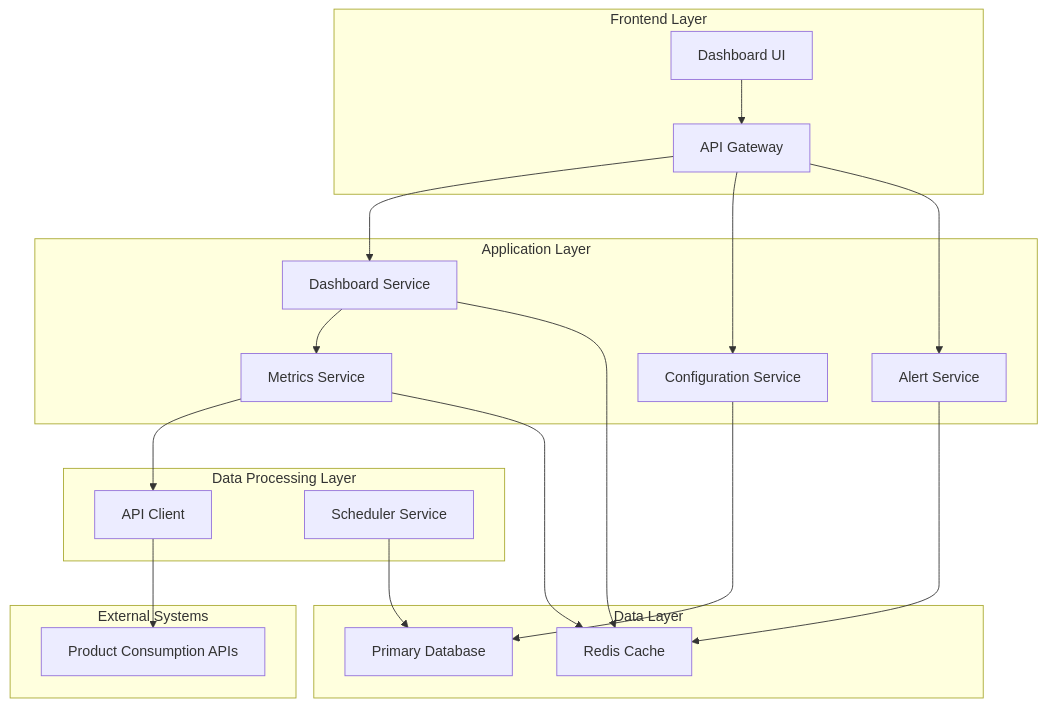
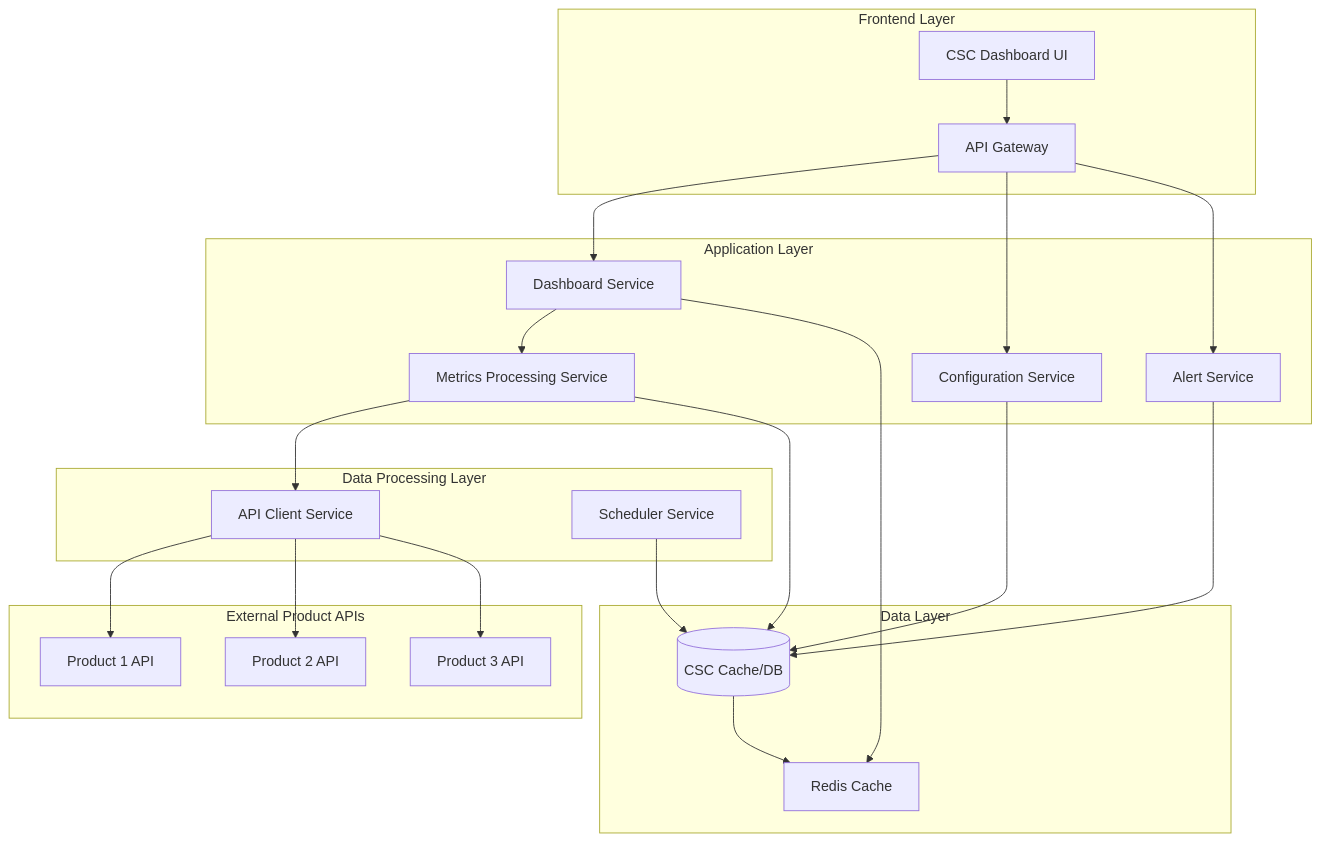
One commit to Ktiwari21/assistant_manager changed the first of 2 diagrams in .kiro/specs/product-consumption-dashboard/design.md. Above: the diagram before and after it, drawn with Mermaid. The commit also changed other lines of this file and 1 other file, not shown here.

````diff
--- a/.kiro/specs/product-consumption-dashboard/design.md
+++ b/.kiro/specs/product-consumption-dashboard/design.md
@@ -13,44 +13,51 @@
 ```mermaid
 graph TB
     subgraph "Frontend Layer"
-        UI[Dashboard UI]
+        UI[CSC Dashboard UI]
         API_GW[API Gateway]
     end
     
     subgraph "Application Layer"
         DASH_SVC[Dashboard Service]
         CONFIG_SVC[Configuration Service]
         ALERT_SVC[Alert Service]
-        METRICS_SVC[Metrics Service]
+        METRICS_SVC[Metrics Processing Service]
     end
     
     subgraph "Data Processing Layer"
-        API_CLIENT[API Client]
+        API_CLIENT[API Client Service]
         SCHEDULER[Scheduler Service]
     end
     
     subgraph "Data Layer"
-        PRIMARY_DB[Primary Database]
+        CSC_DB[(CSC Cache/DB)]
         CACHE[Redis Cache]
     end
     
-    subgraph "External Systems"
-        PRODUCT_APIS[Product Consumption APIs]
+    subgraph "External Product APIs"
+        API_1[Product 1 API]
+        API_2[Product 2 API]
+        API_3[Product 3 API]
     end
     
     UI --> API_GW
     API_GW --> DASH_SVC
     API_GW --> CONFIG_SVC
     API_GW --> ALERT_SVC
     
     DASH_SVC --> METRICS_SVC
     DASH_SVC --> CACHE
     
     METRICS_SVC --> API_CLIENT
-    METRICS_SVC --> CACHE
-    CONFIG_SVC --> PRIMARY_DB
-    ALERT_SVC --> CACHE
+    METRICS_SVC --> CSC_DB
+    CONFIG_SVC --> CSC_DB
+    ALERT_SVC --> CSC_DB
     
-    API_CLIENT --> PRODUCT_APIS
-    SCHEDULER --> PRIMARY_DB
+    API_CLIENT --> API_1
+    API_CLIENT --> API_2
+    API_CLIENT --> API_3
+    
+    SCHEDULER --> CSC_DB
+    
+    CSC_DB --> CACHE
 ```
````
